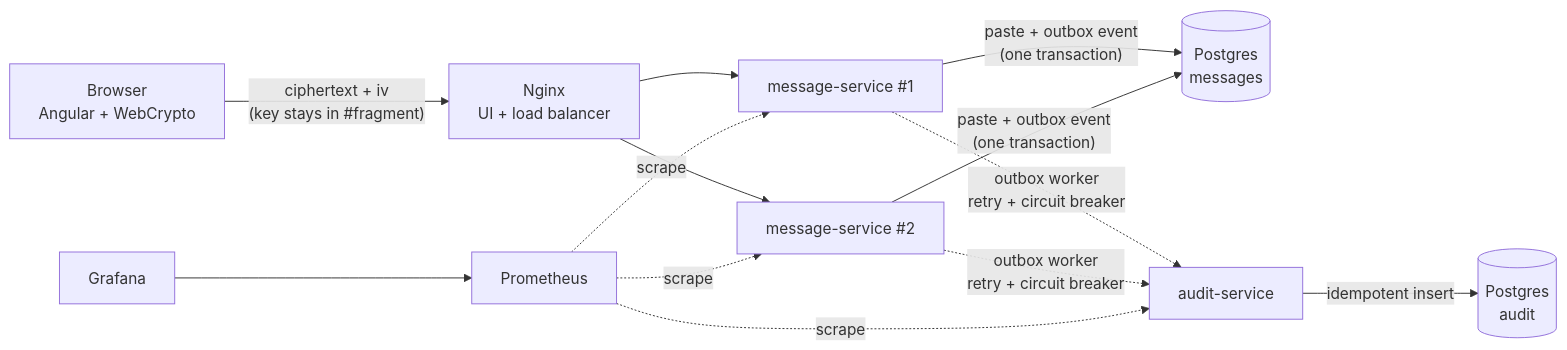
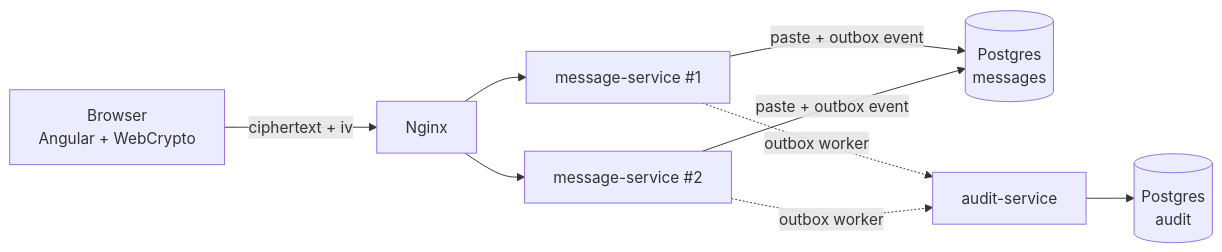
Before and after one commit to gdesiato/burnafter: the diagram in README.md, drawn with Mermaid. The commit also changed other lines of this file, not shown here.

````diff
--- a/README.md
+++ b/README.md
@@ -83,11 +38,9 @@
 ```mermaid
 flowchart LR
-    B[Browser<br/>Angular + WebCrypto] -->|"ciphertext + iv<br/>(key stays in #fragment)"| N[Nginx<br/>UI + load balancer]
+    B[Browser<br/>Angular + WebCrypto] -->|ciphertext + iv| N[Nginx]
     N --> M1[message-service #1]
     N --> M2[message-service #2]
-    M1 & M2 -->|"paste + outbox event<br/>(one transaction)"| PM[(Postgres<br/>messages)]
-    M1 & M2 -.->|"outbox worker<br/>retry + circuit breaker"| A[audit-service]
-    A -->|"idempotent insert"| PA[(Postgres<br/>audit)]
-    P[Prometheus] -.->|scrape| M1 & M2 & A
-    G[Grafana] --> P
+    M1 & M2 -->|paste + outbox event| PM[(Postgres<br/>messages)]
+    M1 & M2 -.->|outbox worker| A[audit-service]
+    A --> PA[(Postgres<br/>audit)]
 ```
````
